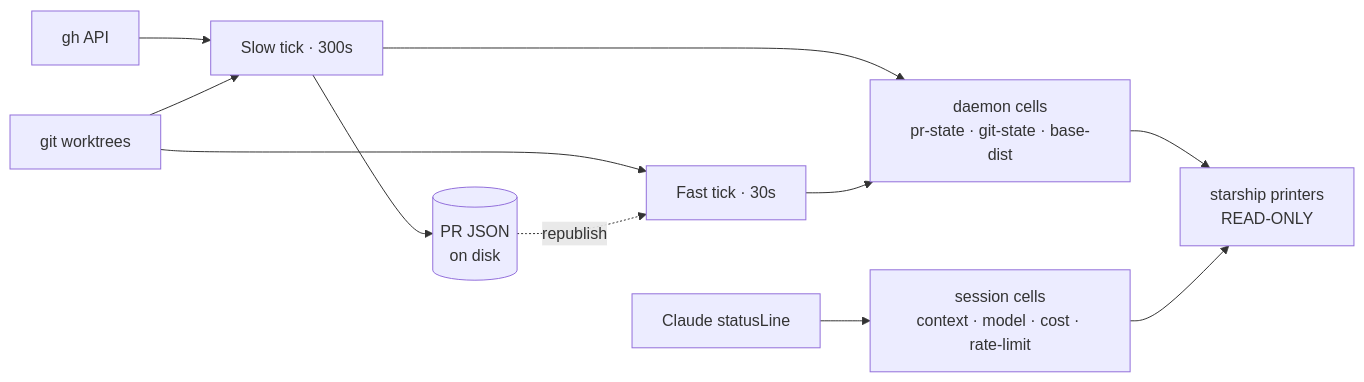
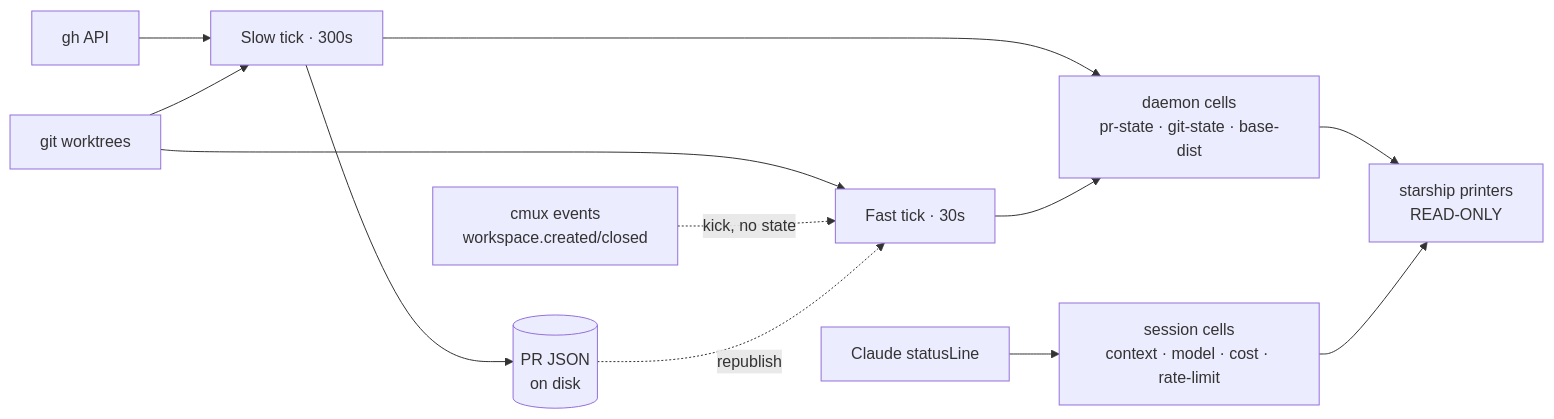
One commit to khivi/cockpit changed the fifth of 5 diagrams in docs/state-machine.md. Above: the diagram before and after it, drawn with Mermaid. The commit also changed other lines of this file and 5 other files, not shown here.

First line of the commit message:
feat(tui): wake the fast tick on cmux workspace events (#325)

````diff
--- a/docs/state-machine.md
+++ b/docs/state-machine.md
@@ -337,17 +337,18 @@
 ```mermaid
 flowchart LR
   GH["gh API"] --> SLOW["Slow tick · 300s"]
   GIT["git worktrees"] --> SLOW
   GIT --> FAST["Fast tick · 30s"]
+  EV["cmux events<br/>workspace.created/closed"] -.kick, no state.-> FAST
 
   SLOW --> DISK[("PR JSON<br/>on disk")]
   DISK -.republish.-> FAST
 
   SLOW --> CELLS["daemon cells<br/>pr-state · git-state · base-dist"]
   FAST --> CELLS
 
   STDIN["Claude statusLine"] --> SESS["session cells<br/>context · model · cost · rate-limit"]
 
   CELLS --> RENDER["starship printers<br/>READ-ONLY"]
   SESS --> RENDER
 ```
````
